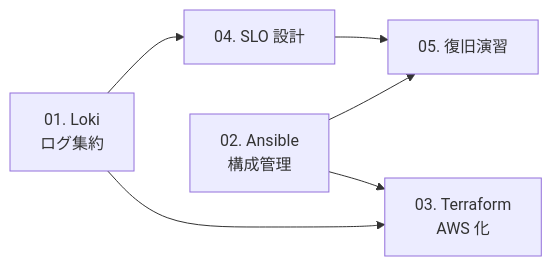
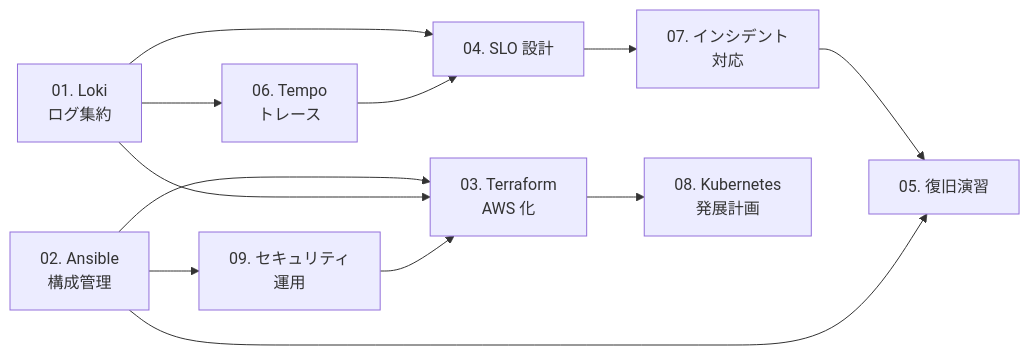
One commit to ns7jp/ns7jp changed the second of 2 diagrams in docs/server-monitor-improvements/README.md. Above: the diagram before and after it, drawn with Mermaid. The commit also changed other lines of this file and 11 other files, not shown here.

````diff
--- a/docs/server-monitor-improvements/README.md
+++ b/docs/server-monitor-improvements/README.md
@@ -51,8 +70,14 @@
 ```mermaid
 flowchart LR
     L[01. Loki<br/>ログ集約] --> S[04. SLO 設計]
+    L --> Tr[06. Tempo<br/>トレース]
+    Tr --> S
     A[02. Ansible<br/>構成管理] --> T[03. Terraform<br/>AWS 化]
-    S --> B[05. 復旧演習]
+    S --> IR[07. インシデント<br/>対応]
+    IR --> B[05. 復旧演習]
     L --> T
     A --> B
+    A --> Sec[09. セキュリティ<br/>運用]
+    Sec --> T
+    T --> K[08. Kubernetes<br/>発展計画]
 ```
````
